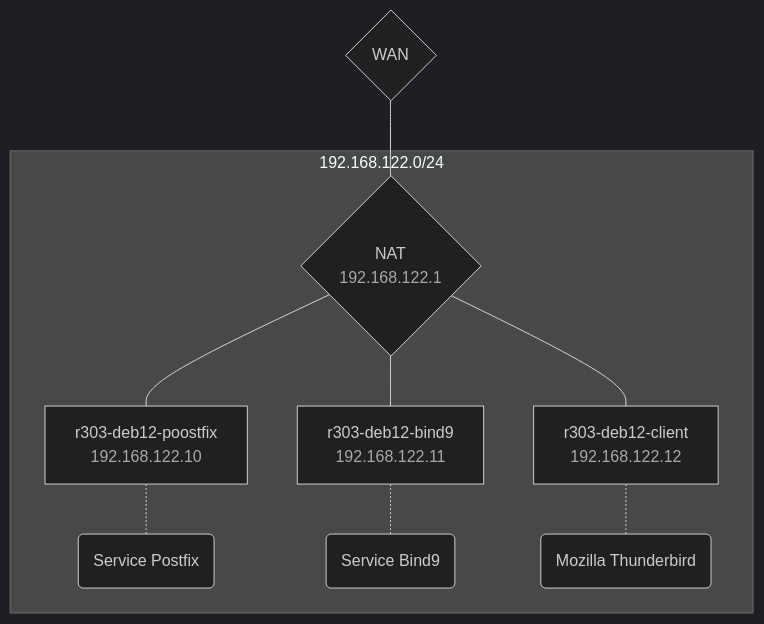
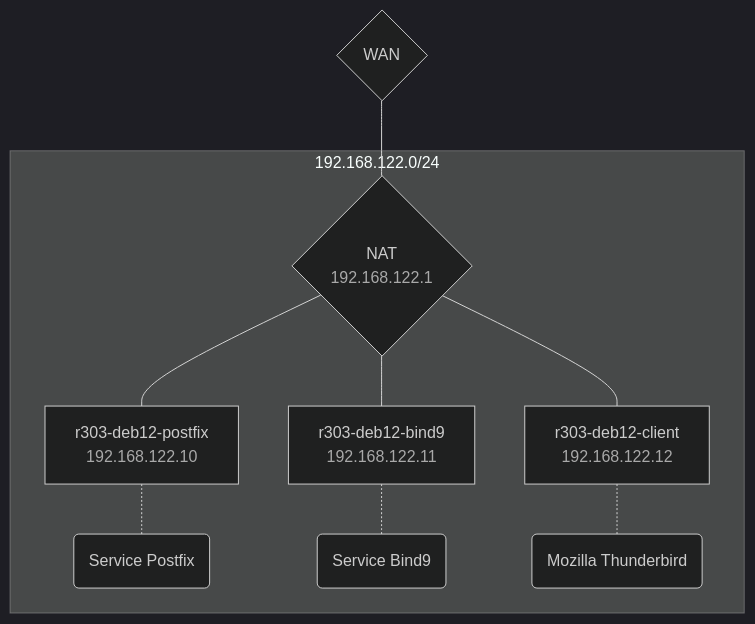
The diagram in content/posts/postfix-workshop/index.md (xeylou/testade.xeylou.fr), drawn with Mermaid before and after one commit. The commit also changed other lines of this file and 13 other files, not shown here.

```diff
--- a/content/posts/postfix-workshop/index.md
+++ b/content/posts/postfix-workshop/index.md
@@ -26,21 +26,21 @@
 {{< mermaid >}}
 %%{init: {'theme':'dark'}}%%
 graph TD
 subgraph 192.168.122.0/24
-postfix[r303-deb12-poostfix<br><font color="#a9a9a9">192.168.122.10</font>]
+postfix[r303-deb12-postfix<br><font color="#a9a9a9">192.168.122.10</font>]
 bind9[r303-deb12-bind9<br><font color="#a9a9a9">192.168.122.11</font>]
 thunderbird[r303-deb12-client<br><font color="#a9a9a9">192.168.122.12</font>]
 pstf(Service Postfix)
 bind(Service Bind9)
 clients(Mozilla Thunderbird)
 gw{NAT<br><font color="#a9a9a9">192.168.122.1</font>}
 end
 
 wan{WAN}
-wan---gw
-gw---postfix & bind9
-gw---thunderbird
-postfix-.-pstf
-bind9-.-bind
-thunderbird-.-clients
+wan --- gw
+gw --- postfix & bind9
+gw --- thunderbird
+postfix -.- pstf
+bind9 -.- bind
+thunderbird -.- clients
 {{< /mermaid >}}
```
